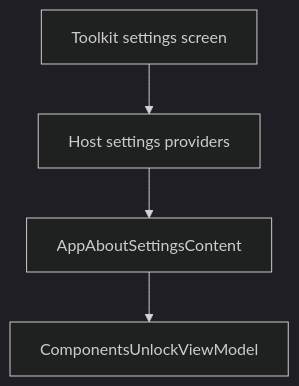
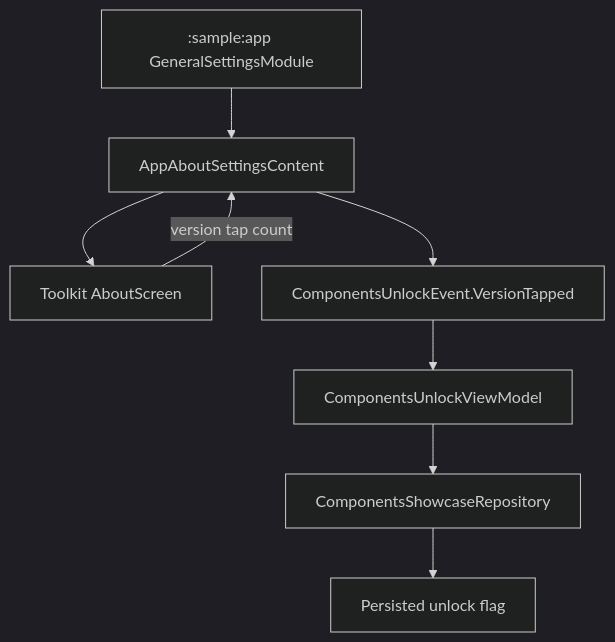
One commit to MihaiCristianCondrea/App-Toolkit-for-Android changed the diagram in sample/feature/settings/README.md. Above: the diagram before and after it, drawn with Mermaid (dark theme). The commit also changed other lines of this file and 57 other files, not shown here.

````diff
--- a/sample/feature/settings/README.md
+++ b/sample/feature/settings/README.md
@@ -33,6 +31,10 @@
 ```mermaid
 flowchart TD
-    Toolkit[Toolkit settings screen] --> Providers[Host settings providers]
-    Providers --> Content[AppAboutSettingsContent]
-    Content --> Unlock[ComponentsUnlockViewModel]
+    AppModule[":sample:app GeneralSettingsModule"] --> Content[AppAboutSettingsContent]
+    Content --> Toolkit[Toolkit AboutScreen]
+    Toolkit -->|version tap count| Content
+    Content --> Event[ComponentsUnlockEvent.VersionTapped]
+    Event --> Unlock[ComponentsUnlockViewModel]
+    Unlock --> Repo[ComponentsShowcaseRepository]
+    Repo --> Store[Persisted unlock flag]
 ```
````
